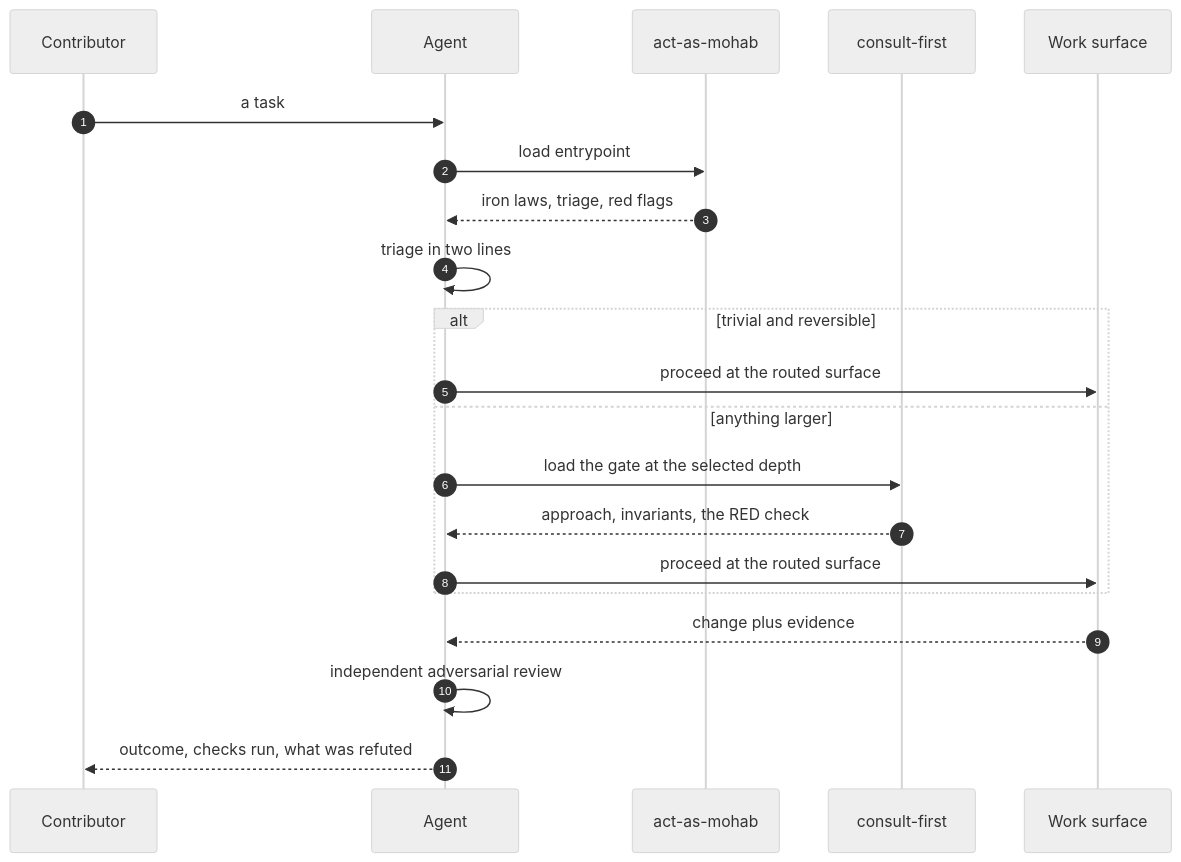
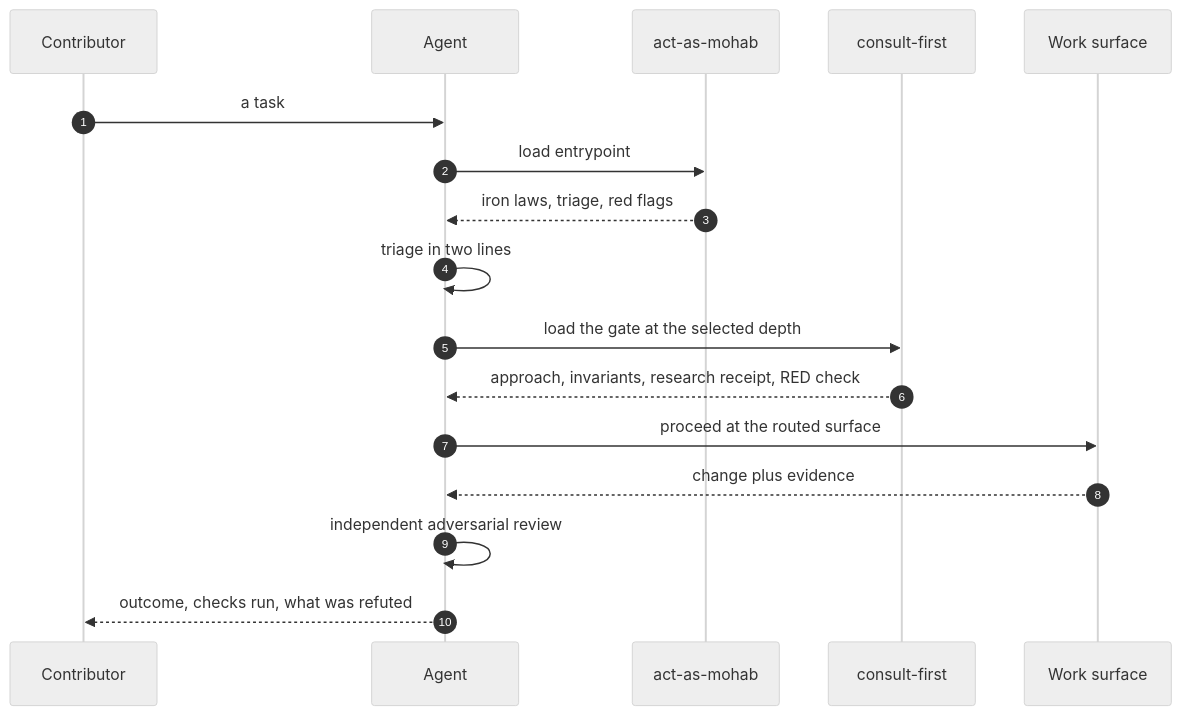
One commit to ShaftHQ/SHAFT_ENGINE changed the second of 4 diagrams in .agents/skills/README.md. Above: the diagram before and after it, drawn with Mermaid (neutral theme). The commit also changed other lines of this file and 33 other files, not shown here.

````diff
--- a/.agents/skills/README.md
+++ b/.agents/skills/README.md
@@ -47,24 +47,20 @@
 ```mermaid
 sequenceDiagram
     autonumber
     participant U as Contributor
     participant A as Agent
     participant E as act-as-mohab
     participant G as consult-first
     participant W as Work surface
 
     U->>A: a task
     A->>E: load entrypoint
     E-->>A: iron laws, triage, red flags
     A->>A: triage in two lines
-    alt trivial and reversible
-        A->>W: proceed at the routed surface
-    else anything larger
-        A->>G: load the gate at the selected depth
-        G-->>A: approach, invariants, the RED check
-        A->>W: proceed at the routed surface
-    end
+    A->>G: load the gate at the selected depth
+    G-->>A: approach, invariants, research receipt, RED check
+    A->>W: proceed at the routed surface
     W-->>A: change plus evidence
     A->>A: independent adversarial review
     A-->>U: outcome, checks run, what was refuted
 ```
````
